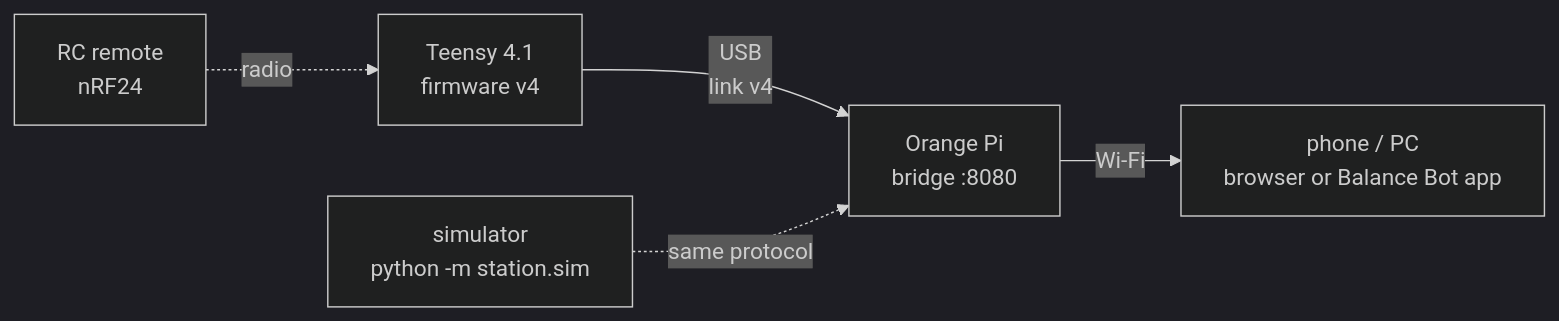
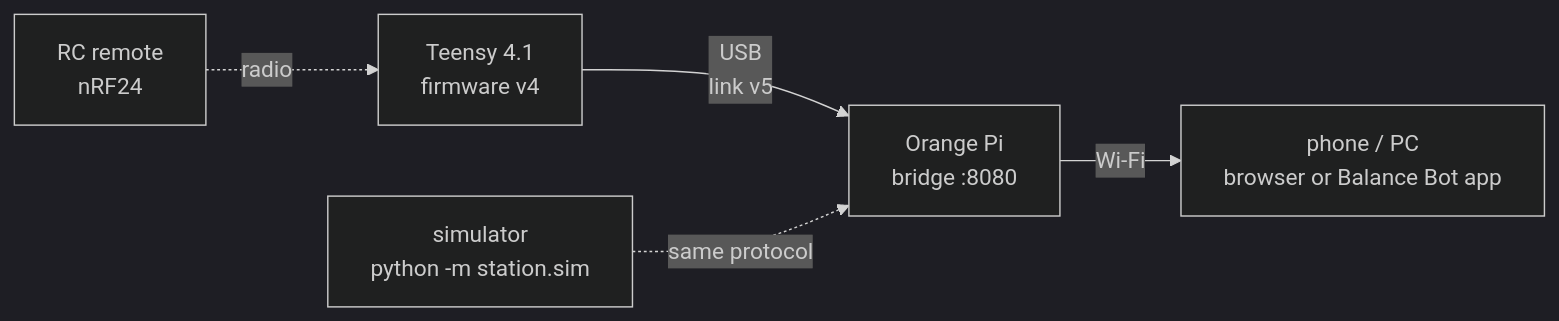
Before and after one commit to nespotts/self_balancing_robot_3: the diagram in README.md, drawn with Mermaid (dark theme). The commit also changed other lines of this file and 20 other files, not shown here.

````diff
--- a/README.md
+++ b/README.md
@@ -7,7 +7,7 @@
 ```mermaid
 flowchart LR
-  T["Teensy 4.1<br>firmware v4"] -- "USB<br>link v4" --> P["Orange Pi<br>bridge :8080"]
+  T["Teensy 4.1<br>firmware v4"] -- "USB<br>link v5" --> P["Orange Pi<br>bridge :8080"]
   P -- "Wi-Fi" --> W["phone / PC<br>browser or Balance Bot app"]
   R["RC remote<br>nRF24"] -. "radio" .-> T
   S["simulator<br>python -m station.sim"] -. "same protocol" .-> P
 ```
````
